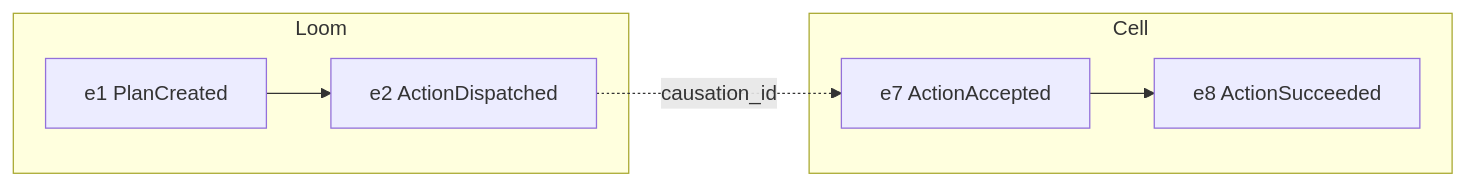
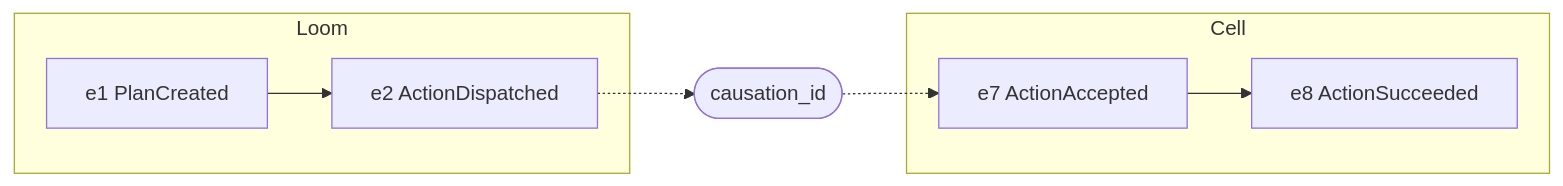
Before and after one commit to kmosoti/Nomos: the diagram in docs/formal/event-log.md, drawn with Mermaid. The commit also changed 7 other files, not shown here.

First line of the commit message:
Fix Mermaid diagrams that fail to render on GitHub

````diff
--- a/docs/formal/event-log.md
+++ b/docs/formal/event-log.md
@@ -51,10 +51,10 @@
 ```mermaid
 flowchart LR
     subgraph Loom
         L1["e1 PlanCreated"] --> L2["e2 ActionDispatched"]
     end
     subgraph Cell
         C1["e7 ActionAccepted"] --> C2["e8 ActionSucceeded"]
     end
-    L2 -. causation_id .-> C1
+    L2 -.-> CID(["causation_id"]) -.-> C1
 ```
````
